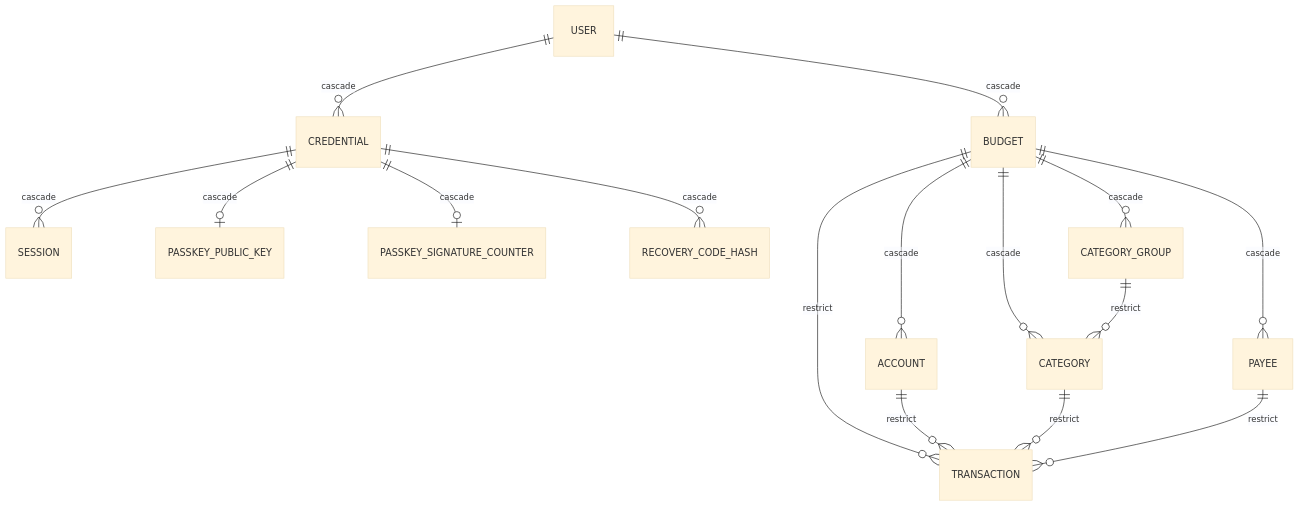
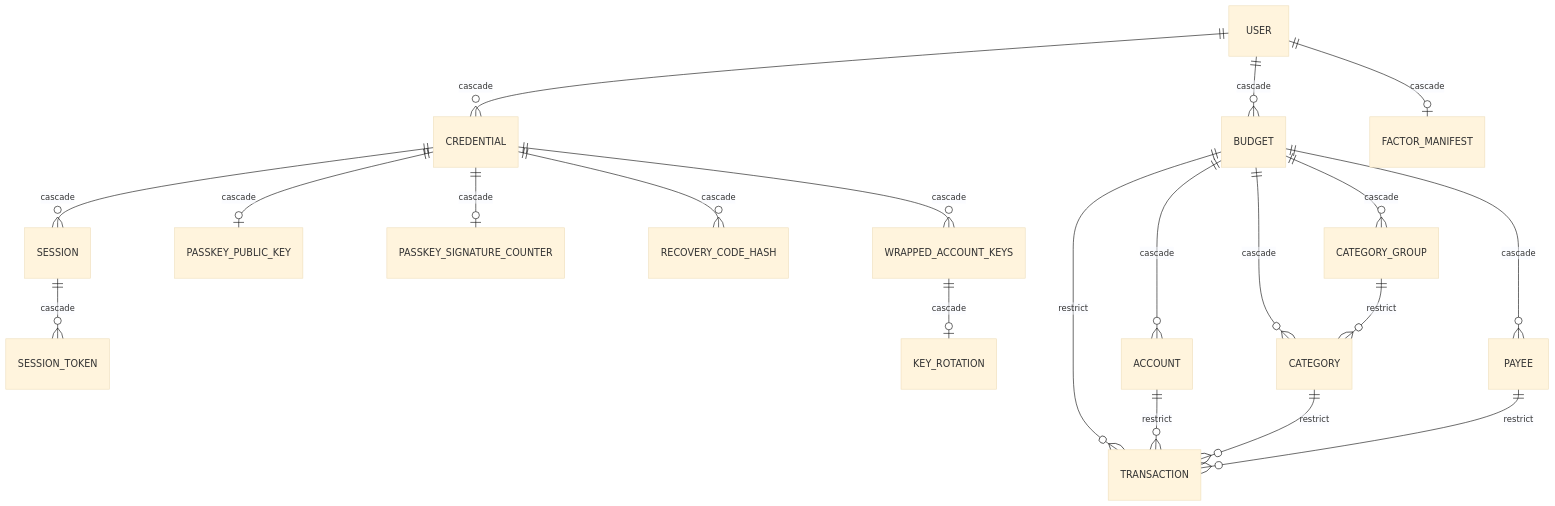
One commit to anton-kochev/budgetoid changed the first of 2 diagrams in docs/business-logic/erasure.md. Above: the diagram before and after it, drawn with Mermaid (base theme). The commit also changed 27 other files, not shown here.

````diff
--- a/docs/business-logic/erasure.md
+++ b/docs/business-logic/erasure.md
@@ -29,18 +29,22 @@
 ```mermaid
 erDiagram
     USER ||--o{ CREDENTIAL : "cascade"
     USER ||--o{ BUDGET : "cascade"
+    USER ||--o| FACTOR_MANIFEST : "cascade"
     CREDENTIAL ||--o{ SESSION : "cascade"
+    SESSION ||--o{ SESSION_TOKEN : "cascade"
     CREDENTIAL ||--o| PASSKEY_PUBLIC_KEY : "cascade"
     CREDENTIAL ||--o| PASSKEY_SIGNATURE_COUNTER : "cascade"
     CREDENTIAL ||--o{ RECOVERY_CODE_HASH : "cascade"
+    CREDENTIAL ||--o{ WRAPPED_ACCOUNT_KEYS : "cascade"
+    WRAPPED_ACCOUNT_KEYS ||--o| KEY_ROTATION : "cascade"
     BUDGET ||--o{ ACCOUNT : "cascade"
     BUDGET ||--o{ PAYEE : "cascade"
     BUDGET ||--o{ CATEGORY_GROUP : "cascade"
     BUDGET ||--o{ CATEGORY : "cascade"
     CATEGORY_GROUP ||--o{ CATEGORY : "restrict"
     BUDGET ||--o{ TRANSACTION : "restrict"
     ACCOUNT ||--o{ TRANSACTION : "restrict"
     CATEGORY ||--o{ TRANSACTION : "restrict"
     PAYEE ||--o{ TRANSACTION : "restrict"
 ```
````
